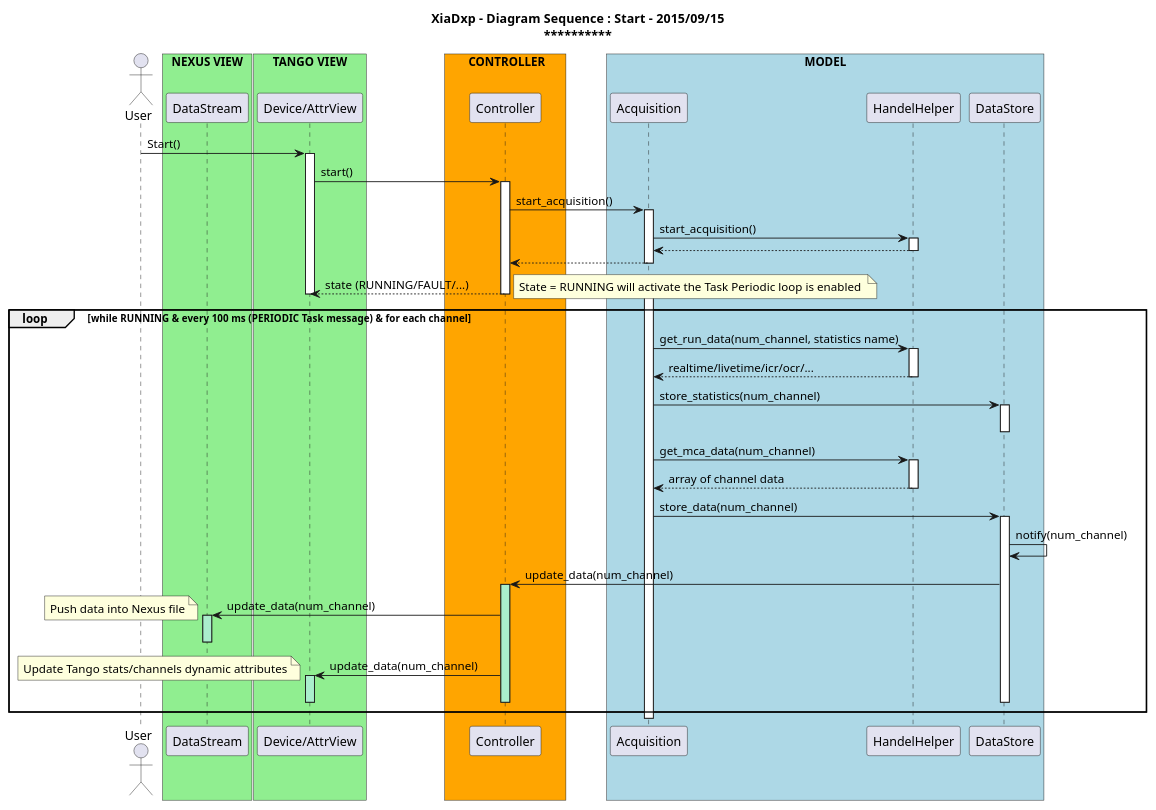
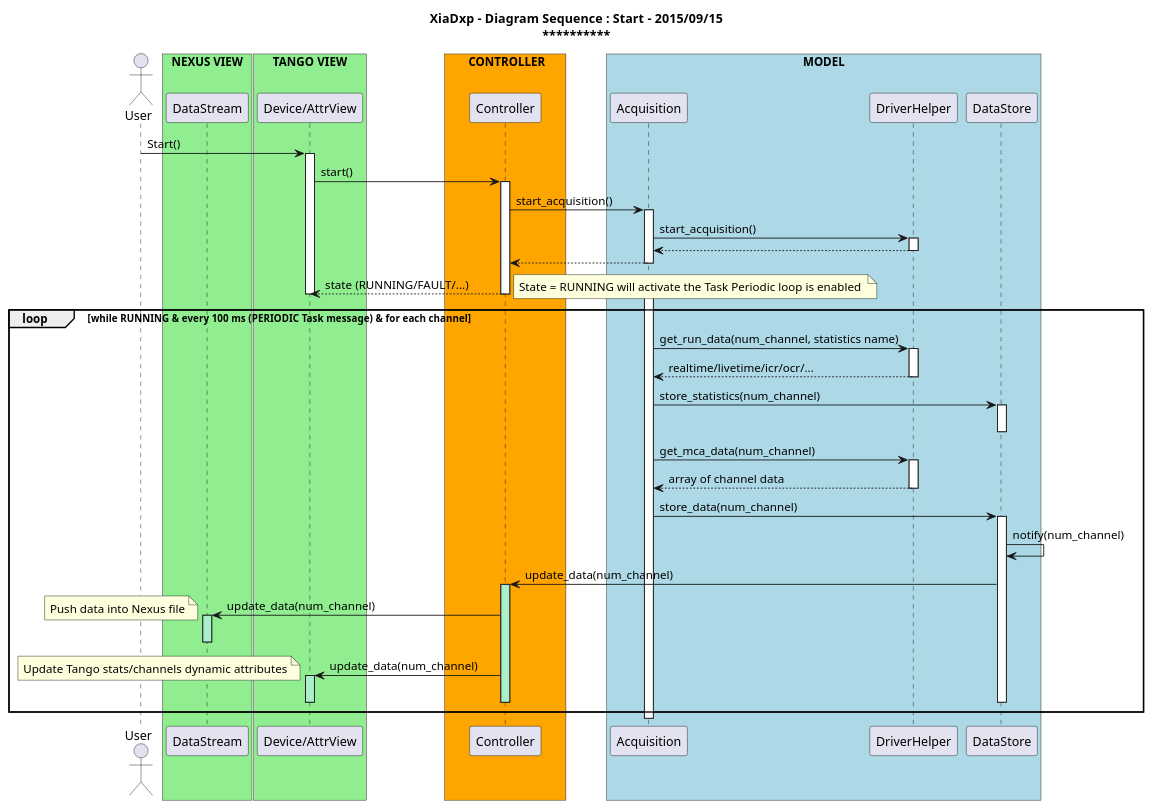
Before and after one commit to anoureddine/XiaDxp: the diagram in uml/diagram_sequence_start_acquisition_MCA_1.puml, drawn with PlantUML. The commit also changed 9 other files, not shown here.

Commit message:
- Update Uml scripts

```diff
--- a/uml/diagram_sequence_start_acquisition_MCA_1.puml
+++ b/uml/diagram_sequence_start_acquisition_MCA_1.puml
@@ -1,105 +1,105 @@
 @startuml
 
 title <b>XiaDxp - Diagram Sequence  : Start - 2015/09/15</b>\n**********************************************
 
 actor User
 
 participant "DataStream" as Stream
 box "NEXUS VIEW" #LightGreen
 	participant Stream
 end box
 
 participant "Device/AttrView" as Device
 box "TANGO VIEW" #LightGreen
 	participant Device
 end box
 
 participant "Controller" as Ctrl
 box "       CONTROLLER      " #Orange
 	participant Ctrl
 end box
 
 participant "Acquisition" as Acq
-participant "HandelHelper" as Handel
+participant "DriverHelper" as Driver
 participant "DataStore" as Store
 box "MODEL" #LightBlue
 	participant Acq
-	participant Handel
+	participant Driver
     participant Store
 end box
 
 
 User -> Device: Start()
 activate Device
 
 Device -> Ctrl: start()
 activate Ctrl
 
 Ctrl -> Acq : start_acquisition()
 activate Acq
 
-Acq -> Handel : start_acquisition()
-activate Handel
+Acq -> Driver : start_acquisition()
+activate Driver
 
-Handel --> Acq 
-deactivate Handel
+Driver --> Acq 
+deactivate Driver
 
 Acq --> Ctrl
 deactivate Acq
 
 Ctrl --> Device : state (RUNNING/FAULT/...)
 deactivate Ctrl
 deactivate Device
 
 note right 
             State = RUNNING will activate the Task Periodic loop is enabled 
 end note
 
 activate Acq
 
 loop while  RUNNING & every 100 ms (PERIODIC Task message) & for each channel
-            Acq -> Handel : get_run_data(num_channel, statistics name)
-            activate Handel
+            Acq -> Driver : get_run_data(num_channel, statistics name)
+            activate Driver
 
-            Handel --> Acq :  realtime/livetime/icr/ocr/...
-            deactivate Handel
+            Driver --> Acq :  realtime/livetime/icr/ocr/...
+            deactivate Driver
 
             Acq -> Store: store_statistics(num_channel)
             activate Store
             deactivate Store
 
-            Acq -> Handel : get_mca_data(num_channel)
-            activate Handel
+            Acq -> Driver : get_mca_data(num_channel)
+            activate Driver
 
-            Handel --> Acq : array of channel data
-            deactivate Handel
+            Driver --> Acq : array of channel data
+            deactivate Driver
 
 
             Acq -> Store: store_data(num_channel)
             activate Store            
             Store -> Store : notify(num_channel)
             
             Store -> Ctrl : update_data(num_channel)
             activate Ctrl #AAEECC
 
             Ctrl -> Stream : update_data(num_channel)
             activate Stream #AAEECC
 note left 
             Push data into Nexus file
 end note
             deactivate Stream
 
             Ctrl -> Device : update_data(num_channel)
             activate Device #AAEECC
 note left 
             Update Tango stats/channels dynamic attributes
 end note
             deactivate Device
             deactivate Ctrl
             deactivate Store
 
         end
 
 deactivate Acq
 
 @enduml
```
